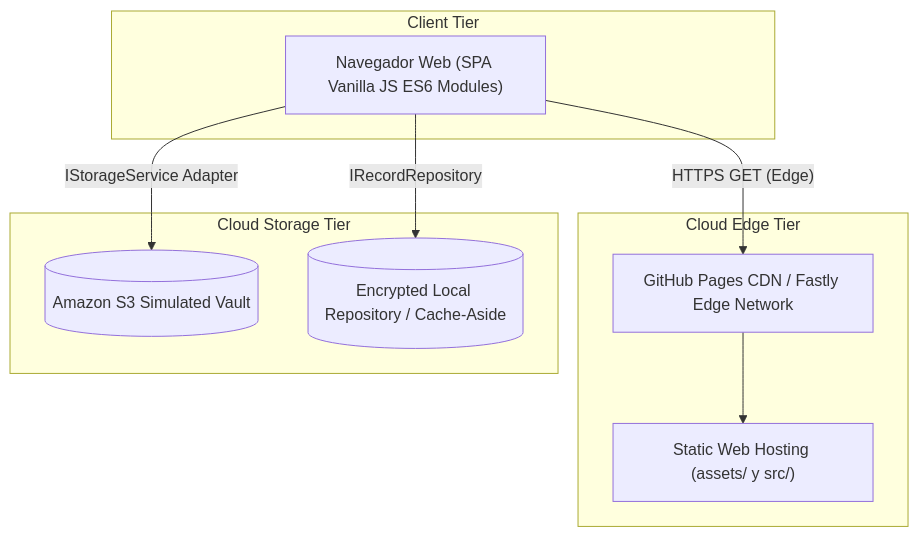
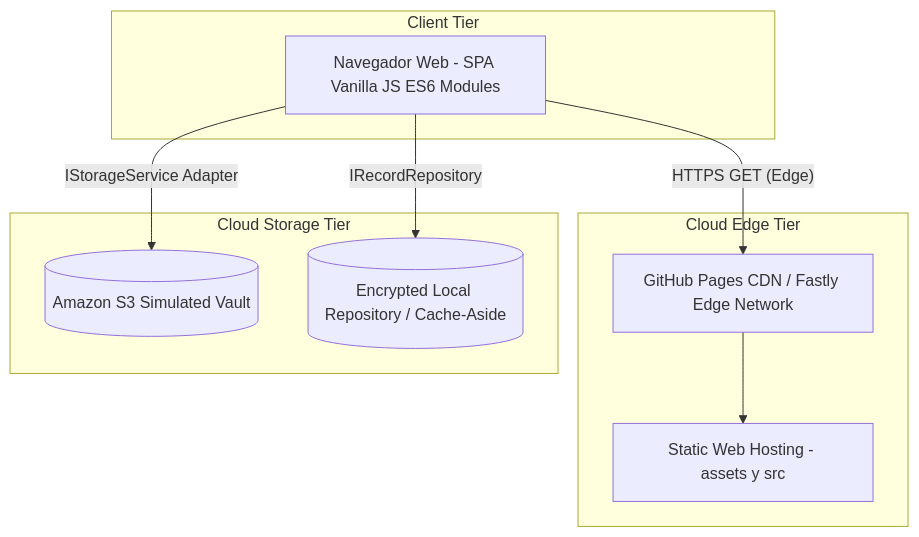
Before and after one commit to OctavoSemestre/Sistema-de-Gesti-n-Documental: the fourth of 4 diagrams in README.md, drawn with Mermaid. The commit also changed other lines of this file, not shown here.

Commit message:
docs: synchronize README.md with live architecture, UML class/sequence diagrams, and JSDoc standards

````diff
--- a/README.md
+++ b/README.md
@@ -177,21 +278,21 @@
 ```mermaid
 flowchart TB
-    subgraph Client Tier
-        Browser["Navegador Web (SPA Vanilla JS ES6 Modules)"]
+    subgraph ClientTier["Client Tier"]
+        Browser["Navegador Web - SPA Vanilla JS ES6 Modules"]
     end
 
     subgraph CloudEdge["Cloud Edge Tier"]
         CDN["GitHub Pages CDN / Fastly Edge Network"]
-        StaticBucket["Static Web Hosting (assets/ y src/)"]
+        StaticBucket["Static Web Hosting - assets y src"]
     end
 
     subgraph CloudStorage["Cloud Storage Tier"]
         S3Docs[("Amazon S3 Simulated Vault")]
         LocalStore[("Encrypted Local Repository / Cache-Aside")]
     end
 
     Browser -->|"HTTPS GET (Edge)"| CDN
     CDN --> StaticBucket
     Browser -->|"IStorageService Adapter"| S3Docs
     Browser -->|"IRecordRepository"| LocalStore
 ```
````
